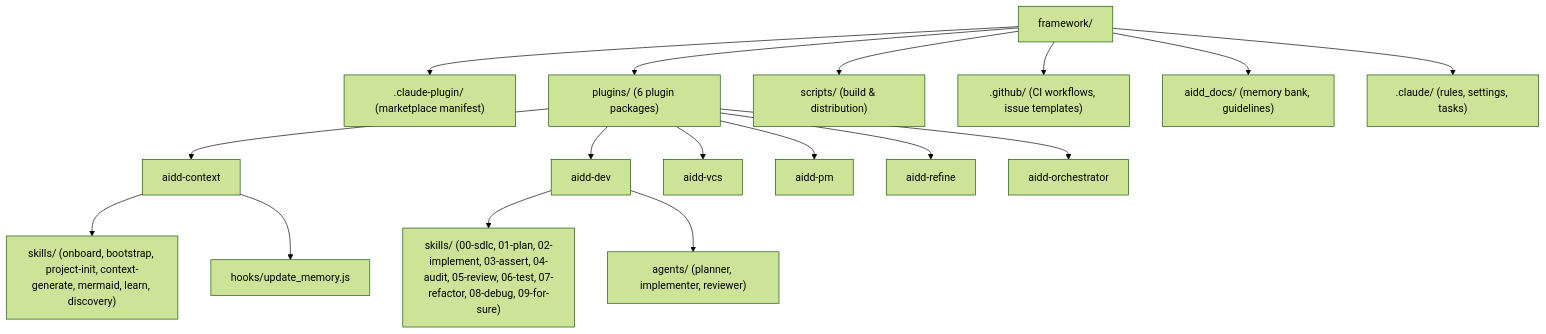
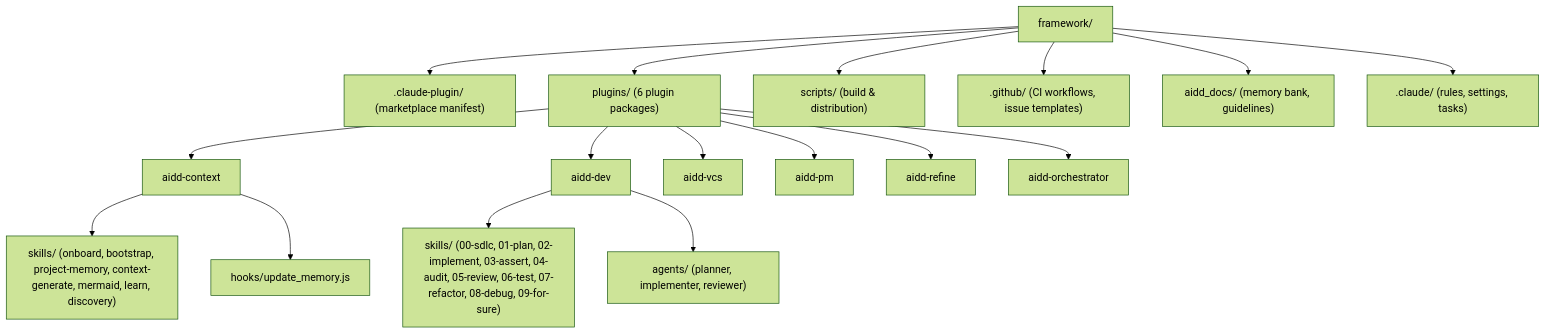
Before and after one commit to ai-driven-dev/framework: the diagram in aidd_docs/memory/codebase-map.md, drawn with Mermaid (forest theme). The commit also changed 49 other files, not shown here.

First line of the commit message:
refactor(aidd-context): rename 02-project-init to 02-project-memory

````diff
--- a/aidd_docs/memory/codebase-map.md
+++ b/aidd_docs/memory/codebase-map.md
@@ -3,21 +3,21 @@
 ```mermaid
 flowchart TD
     Root["framework/"] --> ClaudePlugin[".claude-plugin/ (marketplace manifest)"]
     Root --> Plugins["plugins/ (6 plugin packages)"]
     Root --> Scripts["scripts/ (build & distribution)"]
     Root --> GH[".github/ (CI workflows, issue templates)"]
     Root --> AiddDocs["aidd_docs/ (memory bank, guidelines)"]
     Root --> DotClaude[".claude/ (rules, settings, tasks)"]
 
     Plugins --> AiddContext["aidd-context"]
     Plugins --> AiddDev["aidd-dev"]
     Plugins --> AiddVCS["aidd-vcs"]
     Plugins --> AiddPM["aidd-pm"]
     Plugins --> AiddRefine["aidd-refine"]
     Plugins --> AiddOrchestrator["aidd-orchestrator"]
 
-    AiddContext --> CtxSkills["skills/ (onboard, bootstrap, project-init, context-generate, mermaid, learn, discovery)"]
+    AiddContext --> CtxSkills["skills/ (onboard, bootstrap, project-memory, context-generate, mermaid, learn, discovery)"]
     AiddContext --> CtxHooks["hooks/update_memory.js"]
     AiddDev --> DevSkills["skills/ (00-sdlc, 01-plan, 02-implement, 03-assert, 04-audit, 05-review, 06-test, 07-refactor, 08-debug, 09-for-sure)"]
     AiddDev --> DevAgents["agents/ (planner, implementer, reviewer)"]
 ```
````
